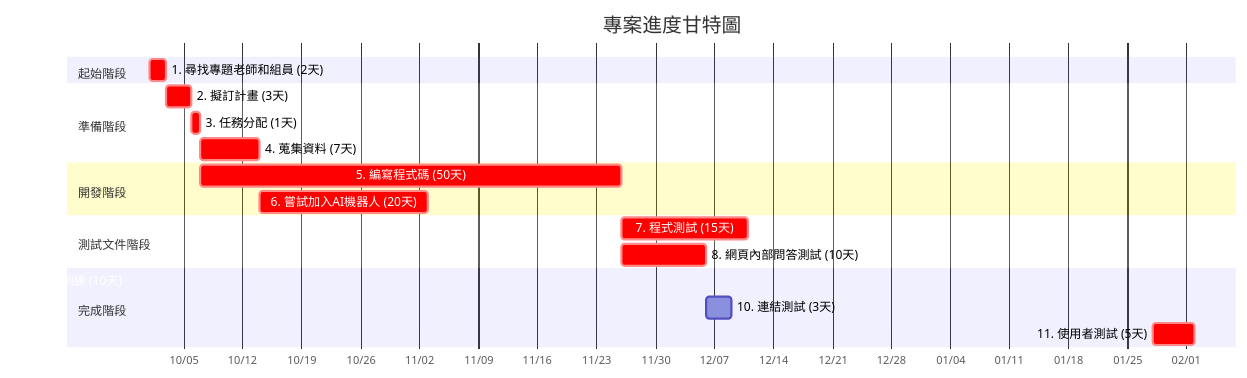
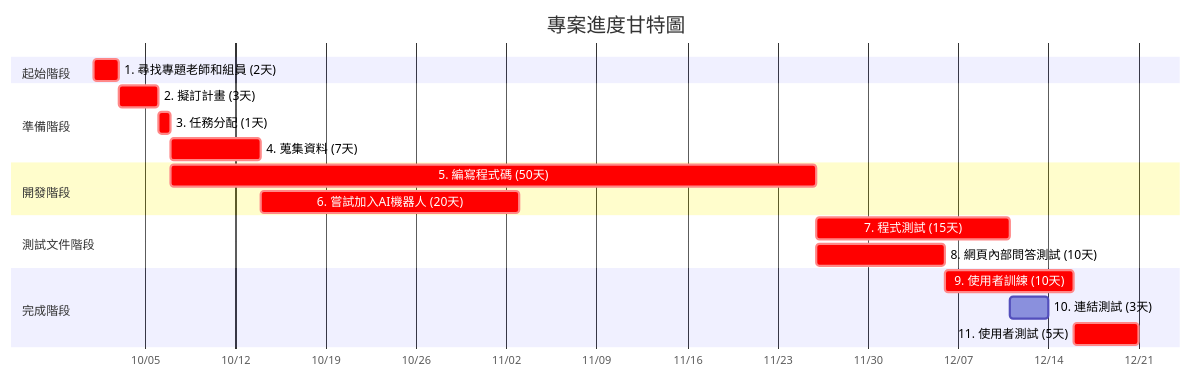
The second of 2 diagrams in hw2.md (c112118202-droid/-), drawn with Mermaid before and after one commit.

````diff
--- a/hw2.md
+++ b/hw2.md
@@ -29,27 +29,27 @@
 ```mermaid
 gantt
     title 專案進度甘特圖
     dateFormat YYYY-MM-DD
     axisFormat %m/%d
     
     section 起始階段
     1. 尋找專題老師和組員 (2天)     :crit, m1, 2025-10-01, 2d
     
     section 準備階段
     2. 擬訂計畫 (3天)     :crit, m2, after m1, 3d
     3. 任務分配 (1天)    :crit, m3, after m2, 1d
     4. 蒐集資料 (7天)    :crit, m4, after m3, 7d
 
     section 開發階段
     5. 編寫程式碼 (50天)    :crit, m5, after m3, 50d
     6. 嘗試加入AI機器人 (20天)    :crit, m6, after m4, 20d
     
     section 測試文件階段
     7. 程式測試 (15天)    :crit, m7, after m5, 15d
-    8. 網頁內部問答測試 (10天) :crit, m7, after m5, 10d
+    8. 網頁內部問答測試 (10天) :crit, m8, after m5, 10d
         
     section 完成階段
-    9. 使用者訓練 (10天)    :crit, m8, after m8, 10d
-    10. 連結測試 (3天)  :m9, after m7 m8, 3d
-    11. 使用者測試 (5天)  :crit, m10, after m9 m10, 5d
+    9. 使用者訓練 (10天)    :crit, m9, after m8, 10d
+    10. 連結測試 (3天)  :m10, after m7 m8, 3d
+    11. 使用者測試 (5天)  :crit, m11, after m9 m10, 5d
 ```
````
